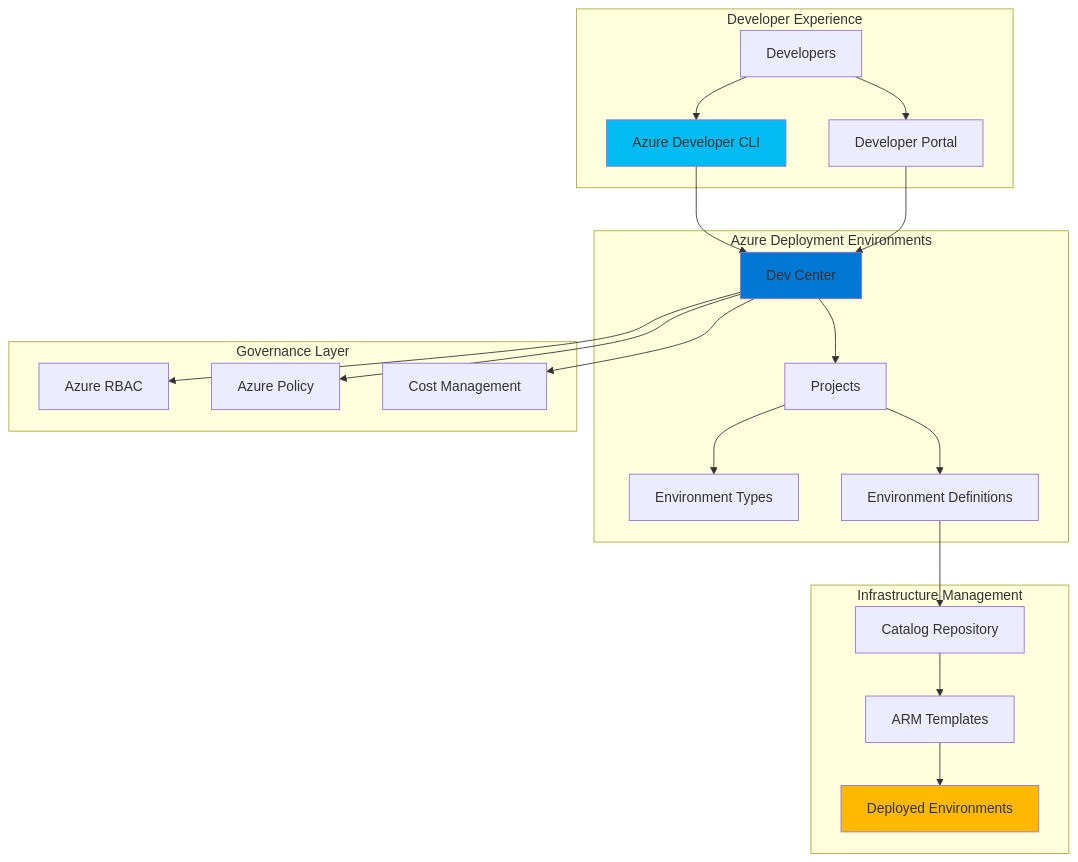
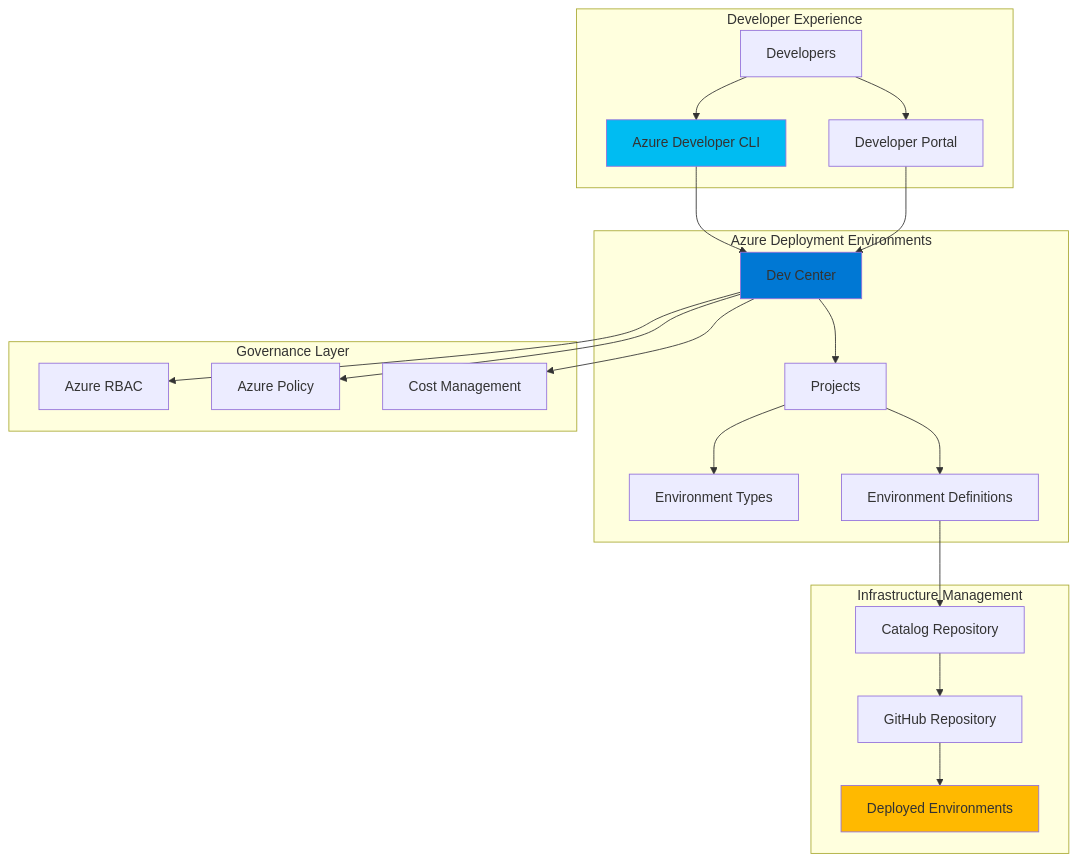
One commit to mzazon/awesome-cloud-projects changed the diagram in azure/self-service-infrastructure-lifecycle-azure-deployment-environments/self-service-infrastructure-lifecycle-azure-deployment-environments.md. Above: the diagram before and after it, drawn with Mermaid. The commit also changed other lines of this file and 5581 other files, not shown here.

````diff
--- a/azure/self-service-infrastructure-lifecycle-azure-deployment-environments/self-service-infrastructure-lifecycle-azure-deployment-environments.md
+++ b/azure/self-service-infrastructure-lifecycle-azure-deployment-environments/self-service-infrastructure-lifecycle-azure-deployment-environments.md
@@ -30,45 +30,45 @@
 ```mermaid
 graph TB
     subgraph "Developer Experience"
         DEV[Developers]
         CLI[Azure Developer CLI]
         PORTAL[Developer Portal]
     end
     
     subgraph "Azure Deployment Environments"
         DC[Dev Center]
         PROJ[Projects]
         ET[Environment Types]
         ED[Environment Definitions]
     end
     
     subgraph "Infrastructure Management"
         CAT[Catalog Repository]
-        ARM[ARM Templates]
+        GIT[GitHub Repository]
         ENV[Deployed Environments]
     end
     
     subgraph "Governance Layer"
         RBAC[Azure RBAC]
         POL[Azure Policy]
         COST[Cost Management]
     end
     
     DEV-->CLI
     DEV-->PORTAL
     CLI-->DC
     PORTAL-->DC
     DC-->PROJ
     PROJ-->ET
     PROJ-->ED
     ED-->CAT
-    CAT-->ARM
-    ARM-->ENV
+    CAT-->GIT
+    GIT-->ENV
     DC-->RBAC
     DC-->POL
     DC-->COST
     
     style DC fill:#0078D4
     style CLI fill:#00BCF2
     style ENV fill:#FFB900
 ```
````
